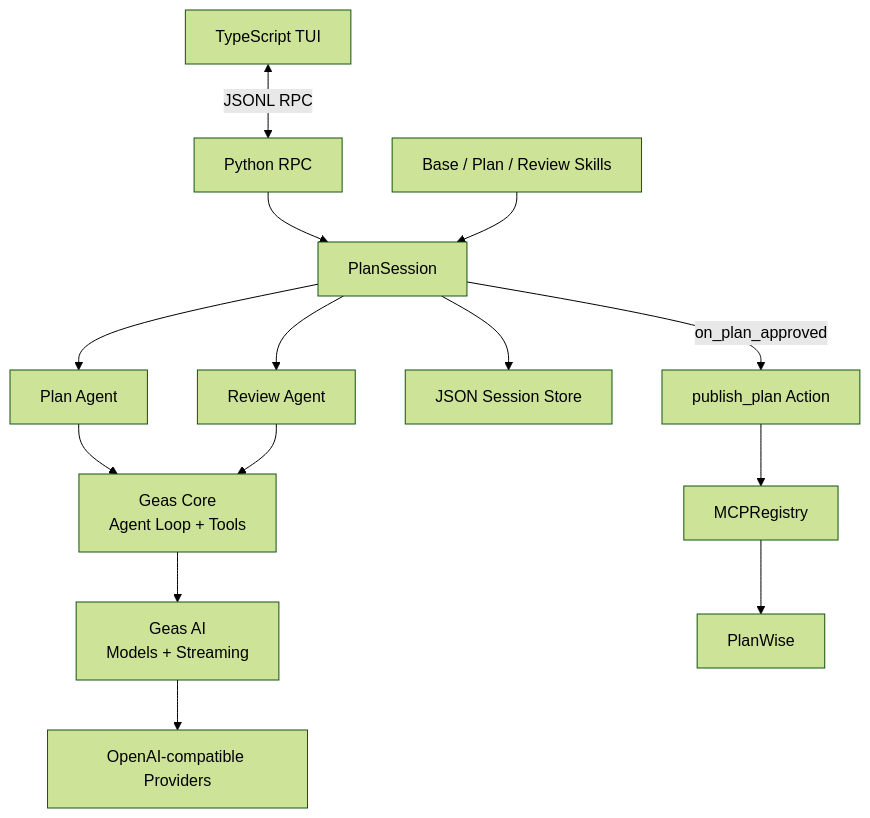
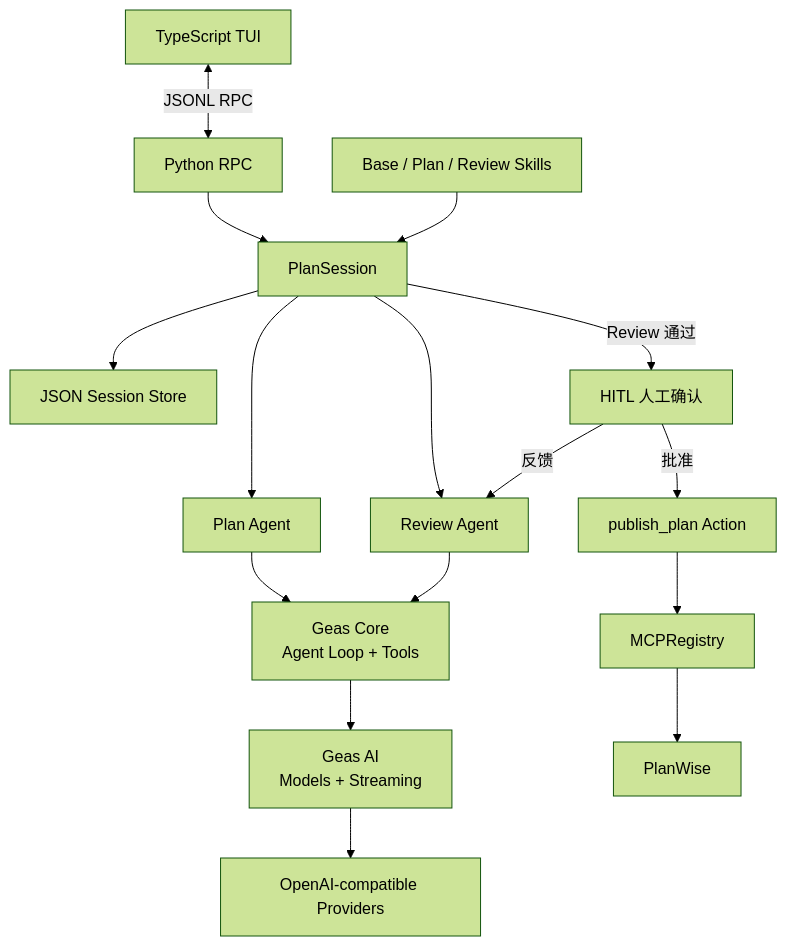
One commit to weii2000/GeasAI changed the diagram in README.md. Above: the diagram before and after it, drawn with Mermaid (forest theme). The commit also changed other lines of this file, not shown here.

````diff
--- a/README.md
+++ b/README.md
@@ -19,16 +21,18 @@
 ```mermaid
 flowchart TD
     TUI[TypeScript TUI] <-->|JSONL RPC| RPC[Python RPC]
     RPC --> SESSION[PlanSession]
     SESSION --> PLAN[Plan Agent]
     SESSION --> REVIEW[Review Agent]
     PLAN --> CORE[Geas Core<br/>Agent Loop + Tools]
     REVIEW --> CORE
     CORE --> AI[Geas AI<br/>Models + Streaming]
     AI --> PROVIDERS[OpenAI-compatible Providers]
     SKILLS[Base / Plan / Review Skills] --> SESSION
     SESSION --> STORE[JSON Session Store]
-    SESSION -->|on_plan_approved| ACTION[publish_plan Action]
+    SESSION -->|Review 通过| HUMAN[HITL 人工确认]
+    HUMAN -->|反馈| REVIEW
+    HUMAN -->|批准| ACTION[publish_plan Action]
     ACTION --> MCP[MCPRegistry]
     MCP --> PLANWISE[PlanWise]
 ```
````
